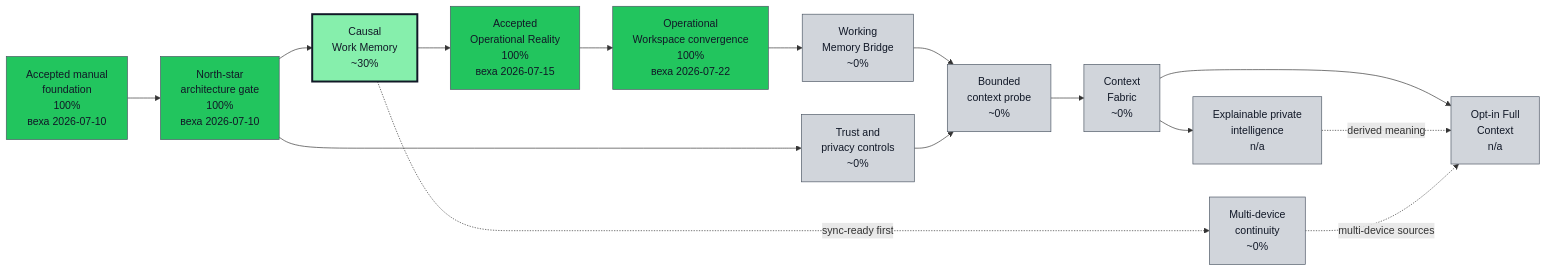
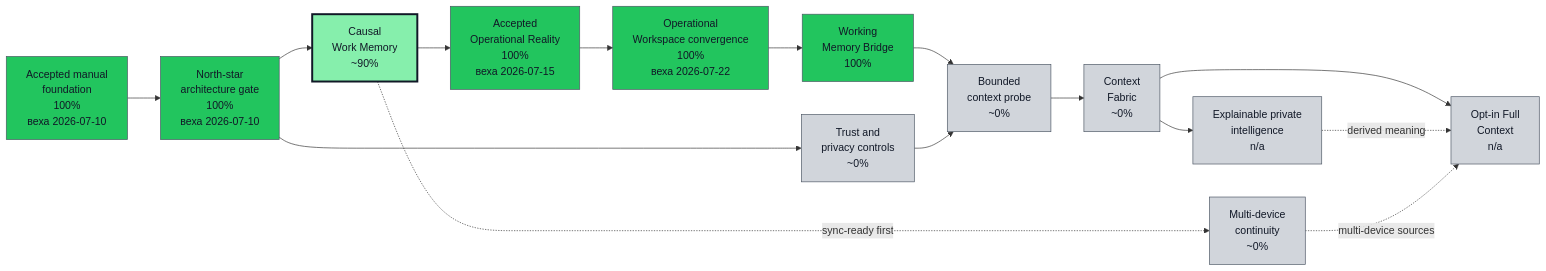
One commit to asukhodko/timeskein changed the first of 2 diagrams in docs/roadmap/opskarta.md. Above: the diagram before and after it, drawn with Mermaid. The commit also changed other lines of this file and 12 other files, not shown here.

Commit message:
docs: prepare working memory acceptance

````diff
--- a/docs/roadmap/opskarta.md
+++ b/docs/roadmap/opskarta.md
@@ -54,53 +54,53 @@
 ```mermaid
 flowchart LR
 
     classDef exec_done fill:#22c55e,stroke:#4b5563,color:#111827,stroke-width:1px
     classDef exec_in_progress fill:#0ea5e9,stroke:#4b5563,color:#111827,stroke-width:1px
     classDef exec_blocked fill:#fecaca,stroke:#4b5563,color:#111827,stroke-width:1px
     classDef exec_not_started fill:#9ca3af,stroke:#4b5563,color:#111827,stroke-width:1px
     classDef exec_mgmt_green fill:#86efac,stroke:#4b5563,color:#111827,stroke-width:1px
     classDef exec_mgmt_yellow fill:#fde68a,stroke:#4b5563,color:#111827,stroke-width:1px
     classDef exec_mgmt_red fill:#fca5a5,stroke:#4b5563,color:#111827,stroke-width:1px
     classDef exec_mgmt_neutral fill:#d1d5db,stroke:#4b5563,color:#111827,stroke-width:1px
 
     accepted_foundation["Accepted manual<br/>foundation<br/>100%<br/>веха 2026-07-10"]
     class accepted_foundation exec_done
     architecture_gate["North-star<br/>architecture gate<br/>100%<br/>веха 2026-07-10"]
     class architecture_gate exec_done
-    causal_memory["Causal<br/>Work Memory<br/>~30%"]
+    causal_memory["Causal<br/>Work Memory<br/>~90%"]
     class causal_memory exec_mgmt_green
     style causal_memory stroke:#111827,stroke-width:3px
     current_steering["Accepted<br/>Operational Reality<br/>100%<br/>веха 2026-07-15"]
     class current_steering exec_done
     operational_workspace["Operational<br/>Workspace convergence<br/>100%<br/>веха 2026-07-22"]
     class operational_workspace exec_done
-    working_memory["Working<br/>Memory Bridge<br/>~0%"]
-    class working_memory exec_mgmt_neutral
+    working_memory["Working<br/>Memory Bridge<br/>100%"]
+    class working_memory exec_done
     trust_controls["Trust and<br/>privacy controls<br/>~0%"]
     class trust_controls exec_mgmt_neutral
     bounded_context_probe["Bounded<br/>context probe<br/>~0%"]
     class bounded_context_probe exec_mgmt_neutral
     context_fabric["Context<br/>Fabric<br/>~0%"]
     class context_fabric exec_mgmt_neutral
     private_intelligence["Explainable private<br/>intelligence<br/>n/a"]
     class private_intelligence exec_mgmt_neutral
     continuity["Multi-device<br/>continuity<br/>~0%"]
     class continuity exec_mgmt_neutral
     full_context["Opt-in Full<br/>Context<br/>n/a"]
     class full_context exec_mgmt_neutral
 
     accepted_foundation --> architecture_gate
     architecture_gate --> causal_memory
     causal_memory --> current_steering
     current_steering --> operational_workspace
     operational_workspace --> working_memory
     architecture_gate --> trust_controls
     working_memory --> bounded_context_probe
     trust_controls --> bounded_context_probe
     bounded_context_probe --> context_fabric
     context_fabric --> private_intelligence
     causal_memory -. sync-ready first .-> continuity
     context_fabric --> full_context
     private_intelligence -. derived meaning .-> full_context
     continuity -. multi-device sources .-> full_context
 ```
````
